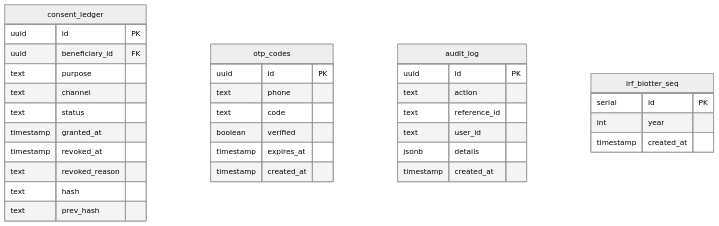
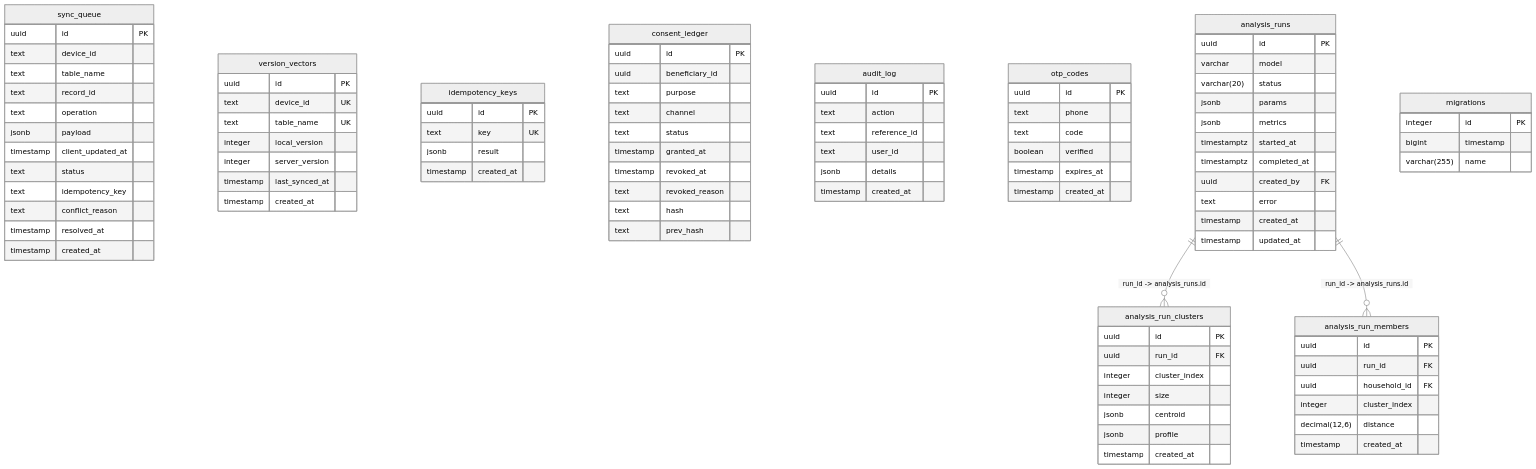
Before and after one commit to urlsalimbot/THESIS1-KAPWA: the tenth of 10 diagrams in docs/diagrams/06-erd.md, drawn with Mermaid (neutral theme). The commit also changed other lines of this file, not shown here.

First line of the commit message:
docs(erd): physical data model in Oracle Data Modeler notation

````diff
--- a/docs/diagrams/06-erd.md
+++ b/docs/diagrams/06-erd.md
@@ -451,8 +1890,40 @@
 ```mermaid
 erDiagram
-    consent_ledger {
+    "sync_queue" {
         uuid id PK
-        uuid beneficiary_id FK
+        text device_id
+        text table_name
+        text record_id
+        text operation
+        jsonb payload
+        timestamp client_updated_at
+        text status
+        text idempotency_key
+        text conflict_reason
+        timestamp resolved_at
+        timestamp created_at
+    }
+
+    "version_vectors" {
+        uuid id PK
+        text device_id UK
+        text table_name UK
+        integer local_version
+        integer server_version
+        timestamp last_synced_at
+        timestamp created_at
+    }
+
+    "idempotency_keys" {
+        uuid id PK
+        text key UK
+        jsonb result
+        timestamp created_at
+    }
+
+    "consent_ledger" {
+        uuid id PK
+        uuid beneficiary_id
         text purpose
         text channel
         text status
@@ -462,7 +1933,17 @@
         text hash
         text prev_hash
     }
-    otp_codes {
+
+    "audit_log" {
+        uuid id PK
+        text action
+        text reference_id
+        text user_id
+        jsonb details
+        timestamp created_at
+    }
+
+    "otp_codes" {
         uuid id PK
         text phone
         text code
@@ -470,17 +1951,46 @@
         timestamp expires_at
         timestamp created_at
     }
-    audit_log {
+
+    "analysis_runs" {
         uuid id PK
-        text action
-        text reference_id
-        text user_id
-        jsonb details
+        varchar model
+        varchar(20) status
+        jsonb params
+        jsonb metrics
+        timestamptz started_at
+        timestamptz completed_at
+        uuid created_by FK
+        text error
+        timestamp created_at
+        timestamp updated_at
+    }
+
+    "analysis_run_clusters" {
+        uuid id PK
+        uuid run_id FK
+        integer cluster_index
+        integer size
+        jsonb centroid
+        jsonb profile
         timestamp created_at
     }
-    irf_blotter_seq {
-        serial id PK
-        int year
+
+    "analysis_run_members" {
+        uuid id PK
+        uuid run_id FK
+        uuid household_id FK
+        integer cluster_index
+        decimal(12,6) distance
         timestamp created_at
     }
+
+    "migrations" {
+        integer id PK
+        bigint timestamp
+        varchar(255) name
+    }
+
+    "analysis_runs" ||--o{ "analysis_run_clusters" : "run_id -> analysis_runs.id"
+    "analysis_runs" ||--o{ "analysis_run_members" : "run_id -> analysis_runs.id"
 ```
````
